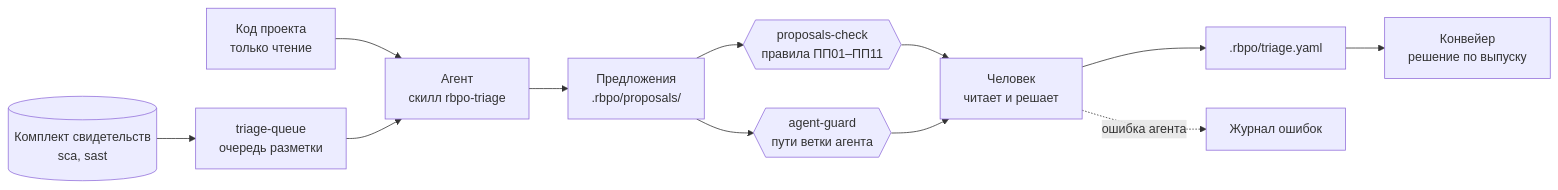
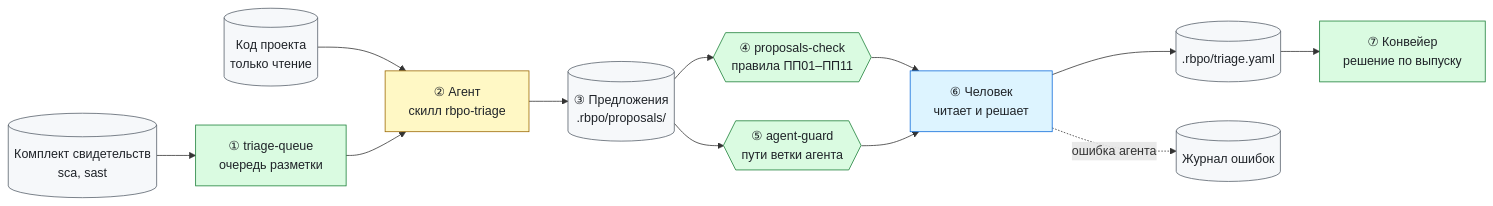
Before and after one commit to alexqzm/rbpo-pipeline: the second of 3 diagrams in agent/README.md, drawn with Mermaid. The commit also changed other lines of this file and 10 other files, not shown here.

First line of the commit message:
Набор для агента: подробное описание со схемами, термин «обвязка агента»

````diff
--- a/agent/README.md
+++ b/agent/README.md
@@ -8,14 +109,19 @@
 ```mermaid
 flowchart LR
-  ev[("Комплект свидетельств<br/>sca, sast")] --> q["triage-queue<br/>очередь разметки"]
-  code["Код проекта<br/>только чтение"] --> a
-  q --> a["Агент<br/>скилл rbpo-triage"]
-  a --> p["Предложения<br/>.rbpo/proposals/"]
-  p --> c{{"proposals-check<br/>правила ПП01–ПП11"}}
-  p --> g{{"agent-guard<br/>пути ветки агента"}}
-  c --> h["Человек<br/>читает и решает"]
-  g --> h
-  h --> t[".rbpo/triage.yaml"]
-  t --> r["Конвейер<br/>решение по выпуску"]
-  h -. "ошибка агента" .-> j["Журнал ошибок"]
+    classDef data fill:#f6f8fa,stroke:#57606a,color:#1f2328
+    classDef agent fill:#fff8c5,stroke:#9a6700,color:#1f2328
+    classDef check fill:#dafbe1,stroke:#1a7f37,color:#1f2328
+    classDef human fill:#ddf4ff,stroke:#0969da,color:#1f2328
+
+    ev[("Комплект свидетельств<br>sca, sast")]:::data --> q["① triage-queue<br>очередь разметки"]:::check
+    code[("Код проекта<br>только чтение")]:::data --> a
+    q --> a["② Агент<br>скилл rbpo-triage"]:::agent
+    a --> p[("③ Предложения<br>.rbpo/proposals/")]:::data
+    p --> c{{"④ proposals-check<br>правила ПП01–ПП11"}}:::check
+    p --> g{{"⑤ agent-guard<br>пути ветки агента"}}:::check
+    c --> h["⑥ Человек<br>читает и решает"]:::human
+    g --> h
+    h --> t[(".rbpo/triage.yaml")]:::data
+    t --> r["⑦ Конвейер<br>решение по выпуску"]:::check
+    h -. "ошибка агента" .-> j[("Журнал ошибок")]:::data
 ```
````
